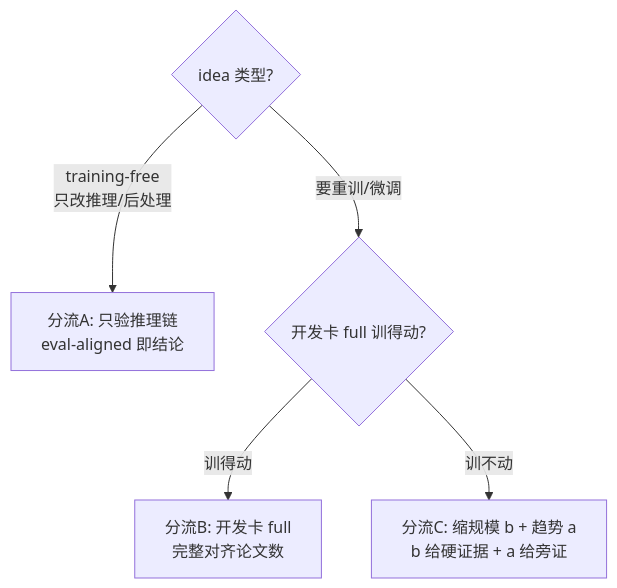
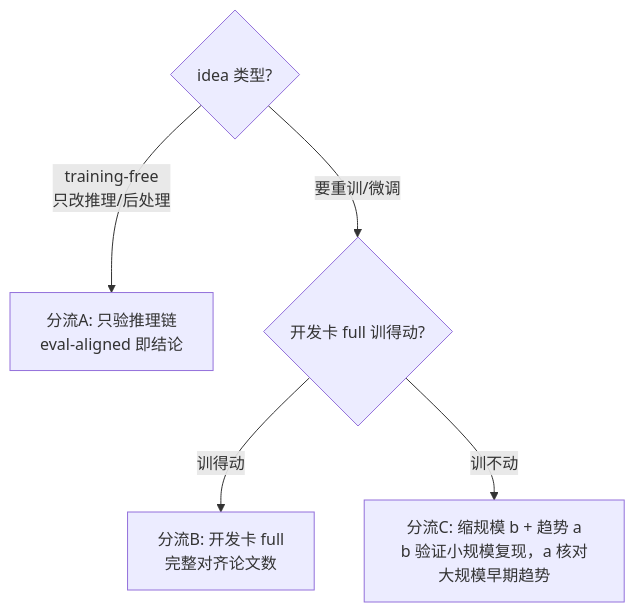
One commit to jackwang0108/dl-assistant changed the third of 4 diagrams in plugins/dl-assistant/skills/code-paper-reproduction/SKILL.md. Above: the diagram before and after it, drawn with Mermaid. The commit also changed other lines of this file and 143 other files, not shown here.

````diff
--- a/plugins/dl-assistant/skills/code-paper-reproduction/SKILL.md
+++ b/plugins/dl-assistant/skills/code-paper-reproduction/SKILL.md
@@ -173,7 +171,7 @@
 ```mermaid
 flowchart TD
     IDEA{"idea 类型?"} -->|training-free<br/>只改推理/后处理| A["分流A: 只验推理链<br/>eval-aligned 即结论"]
     IDEA -->|要重训/微调| SCALE{"开发卡 full 训得动?"}
     SCALE -->|训得动| B["分流B: 开发卡 full<br/>完整对齐论文数"]
-    SCALE -->|训不动| C["分流C: 缩规模 b + 趋势 a<br/>b 给硬证据 + a 给旁证"]
+    SCALE -->|训不动| C["分流C: 缩规模 b + 趋势 a<br/>b 验证小规模复现，a 核对大规模早期趋势"]
 ```
````
